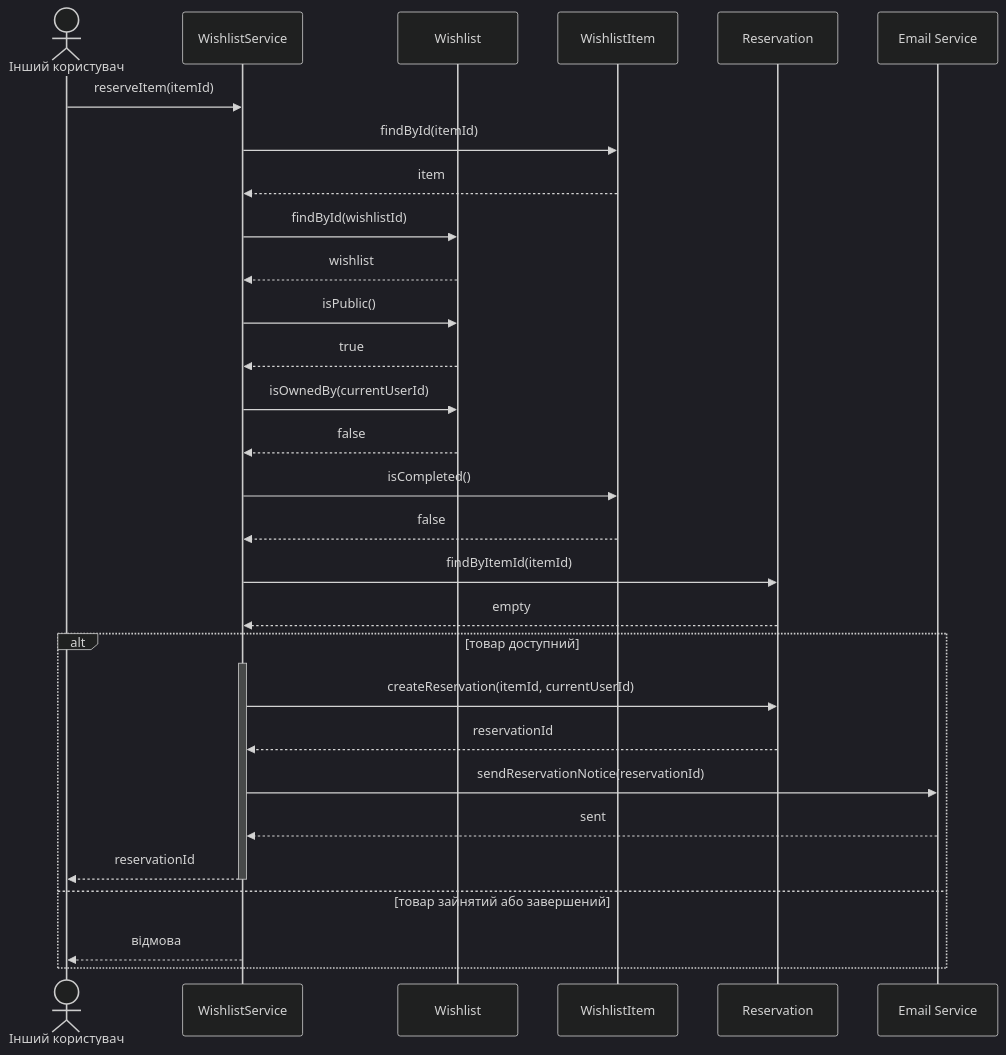
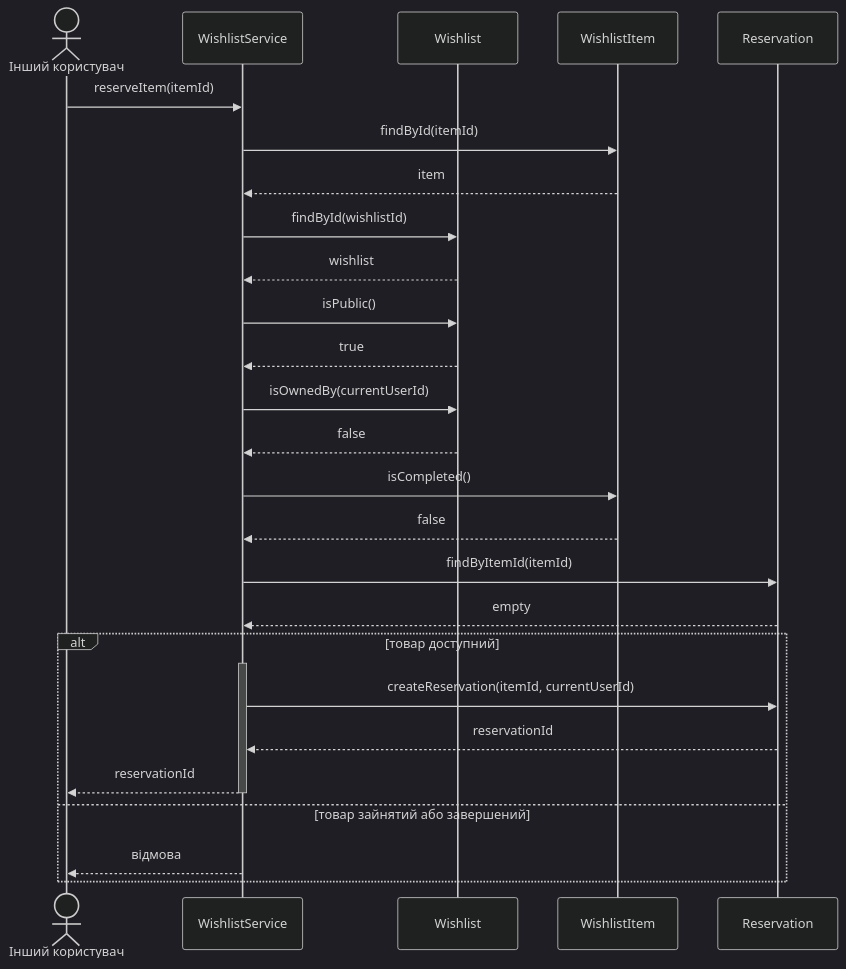
The diagram in lab3/sc-03-reserve-item.md (mariiahosp/kpi-labs), drawn with Mermaid (dark theme) before and after one commit.

Commit message:
fix: remove email participant from SC-03

````diff
--- a/lab3/sc-03-reserve-item.md
+++ b/lab3/sc-03-reserve-item.md
@@ -3,35 +3,32 @@
 ```mermaid
 sequenceDiagram
     actor User as Інший користувач
     participant S as WishlistService
     participant W as Wishlist
     participant Item as WishlistItem
     participant R as Reservation
-    participant Email as Email Service
 
     User->>S: reserveItem(itemId)
     S->>Item: findById(itemId)
     Item-->>S: item
     S->>W: findById(wishlistId)
     W-->>S: wishlist
     S->>W: isPublic()
     W-->>S: true
     S->>W: isOwnedBy(currentUserId)
     W-->>S: false
     S->>Item: isCompleted()
     Item-->>S: false
     S->>R: findByItemId(itemId)
     R-->>S: empty
 
     alt товар доступний
         activate S
         S->>R: createReservation(itemId, currentUserId)
         R-->>S: reservationId
-        S->>Email: sendReservationNotice(reservationId)
-        Email-->>S: sent
         S-->>User: reservationId
         deactivate S
     else товар зайнятий або завершений
         S-->>User: відмова
     end
 ```
````
